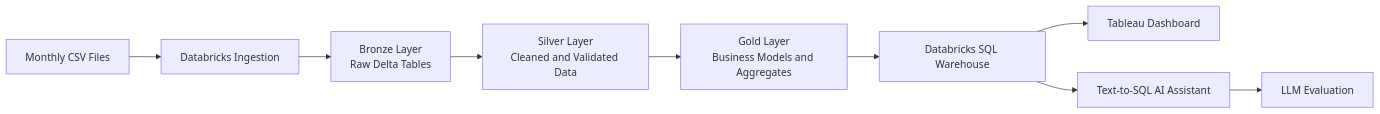
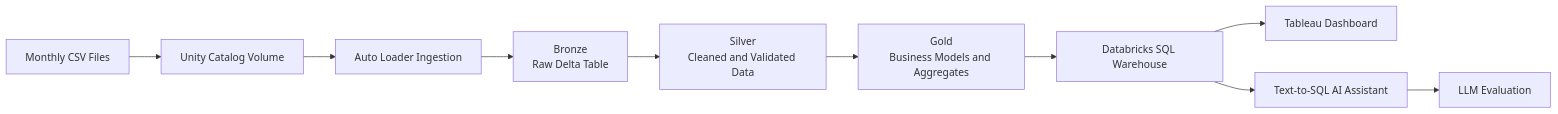
One commit to reemikadas/CaffAIne-Intelligent-Sales-Platform changed the diagram in README.md. Above: the diagram before and after it, drawn with Mermaid. The commit also changed other lines of this file, not shown here.

Commit message:
Update README with platform progress and roadmap

````diff
--- a/README.md
+++ b/README.md
@@ -9,11 +9,12 @@
 ```mermaid
 flowchart LR
-    A[Monthly CSV Files] --> B[Databricks Ingestion]
-    B --> C[Bronze Layer<br/>Raw Delta Tables]
-    C --> D[Silver Layer<br/>Cleaned and Validated Data]
-    D --> E[Gold Layer<br/>Business Models and Aggregates]
-    E --> F[Databricks SQL Warehouse]
-    F --> G[Tableau Dashboard]
-    F --> H[Text-to-SQL AI Assistant]
-    H --> I[LLM Evaluation]
+    A[Monthly CSV Files] --> B[Unity Catalog Volume]
+    B --> C[Auto Loader Ingestion]
+    C --> D[Bronze<br/>Raw Delta Table]
+    D --> E[Silver<br/>Cleaned and Validated Data]
+    E --> F[Gold<br/>Business Models and Aggregates]
+    F --> G[Databricks SQL Warehouse]
+    G --> H[Tableau Dashboard]
+    G --> I[Text-to-SQL AI Assistant]
+    I --> J[LLM Evaluation]
 ```
````
